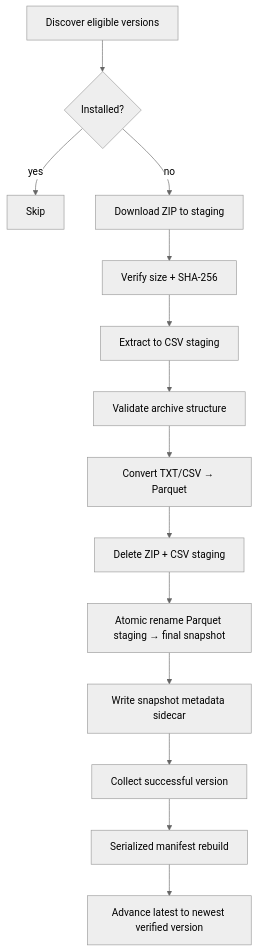
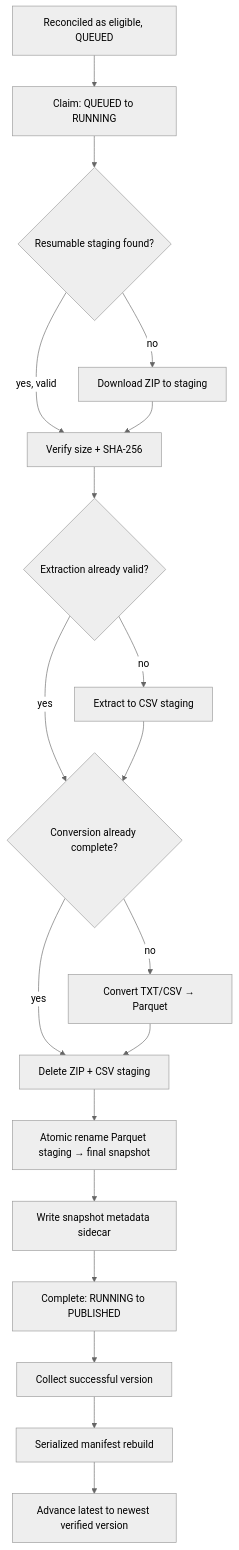
One commit to Shreyas-Agarwal/transit-intelligence changed the diagram in docs/design/DD-001-gtfs-static-downloader.md. Above: the diagram before and after it, drawn with Mermaid (neutral theme). The commit also changed other lines of this file and 6 other files, not shown here.

````diff
--- a/docs/design/DD-001-gtfs-static-downloader.md
+++ b/docs/design/DD-001-gtfs-static-downloader.md
@@ -111,16 +150,21 @@
 ```mermaid
 flowchart TD
-    A[Discover eligible versions] --> B{Installed?}
-    B -- yes --> Z[Skip]
-    B -- no --> C[Download ZIP to staging]
-    C --> D[Verify size + SHA-256]
-    D --> E[Extract to CSV staging]
-    E --> F[Validate archive structure]
-    F --> G[Convert TXT/CSV → Parquet]
-    G --> H[Delete ZIP + CSV staging]
-    H --> I[Atomic rename Parquet staging → final snapshot]
-    I --> J[Write snapshot metadata sidecar]
-    J --> K[Collect successful version]
-    K --> L[Serialized manifest rebuild]
-    L --> M[Advance latest to newest verified version]
+    A[Reconciled as eligible, QUEUED] --> B[Claim: QUEUED to RUNNING]
+    B --> C{Resumable staging found?}
+    C -- no --> D[Download ZIP to staging]
+    C -- yes, valid --> E
+    D --> E[Verify size + SHA-256]
+    E --> F{Extraction already valid?}
+    F -- no --> G[Extract to CSV staging]
+    F -- yes --> H
+    G --> H{Conversion already complete?}
+    H -- no --> I[Convert TXT/CSV → Parquet]
+    H -- yes --> J
+    I --> J[Delete ZIP + CSV staging]
+    J --> K[Atomic rename Parquet staging → final snapshot]
+    K --> L[Write snapshot metadata sidecar]
+    L --> M[Complete: RUNNING to PUBLISHED]
+    M --> N[Collect successful version]
+    N --> O[Serialized manifest rebuild]
+    O --> P[Advance latest to newest verified version]
 ```
````
